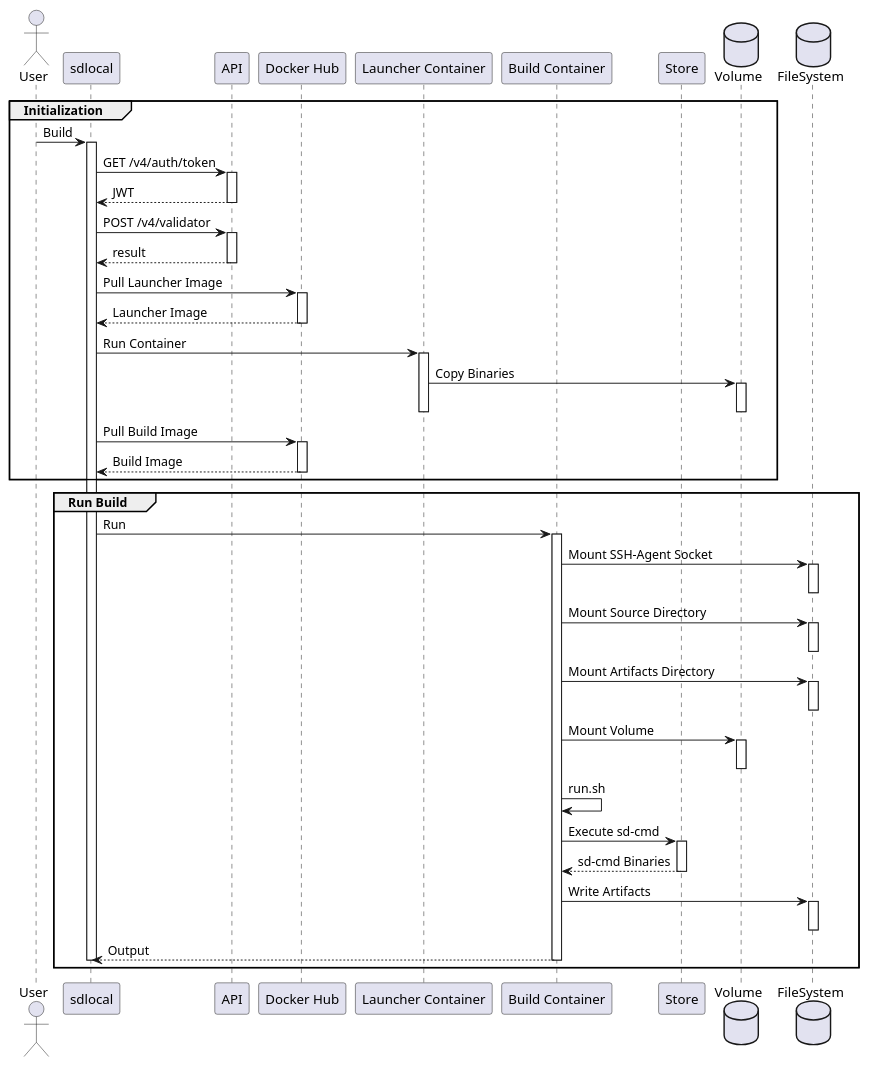
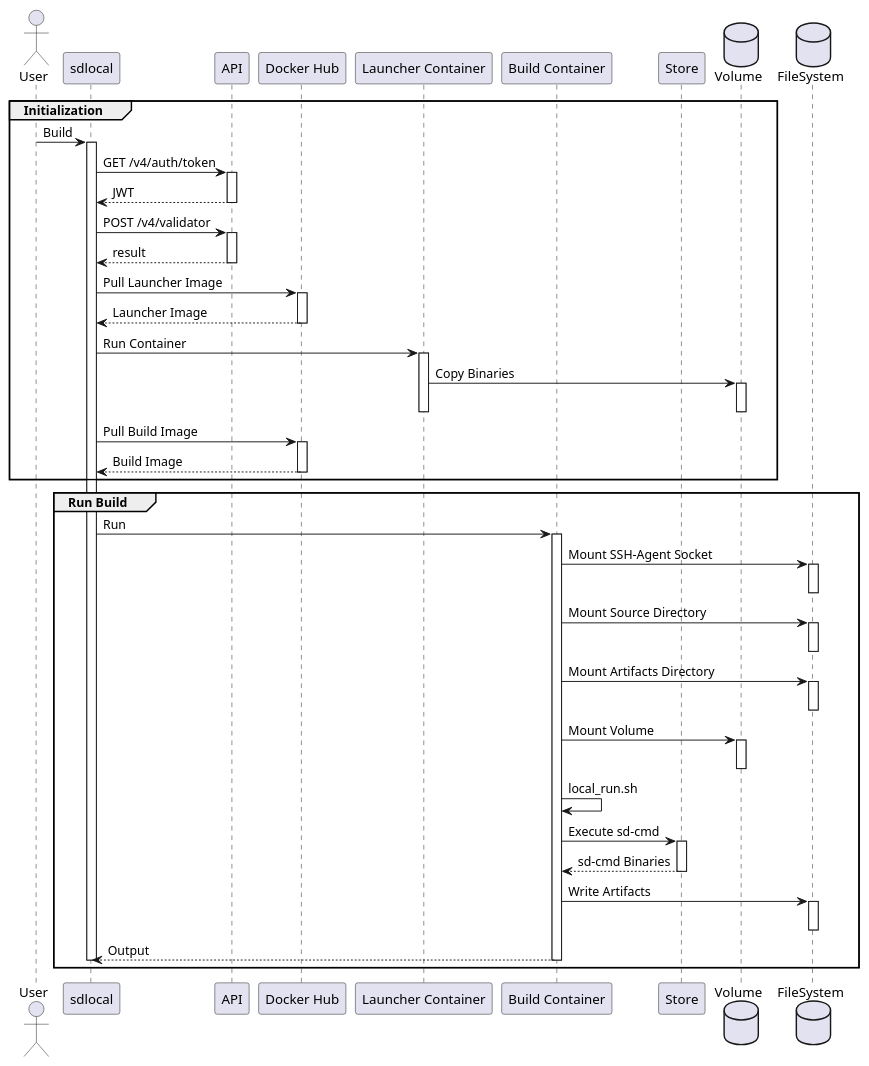
The diagram in design/diagrams/sd-local-flow.puml (screwdriver-cd/screwdriver), drawn with PlantUML before and after one commit. The commit also changed 2 other files, not shown here.

Commit message:
revise sd-local design

```diff
--- a/design/diagrams/sd-local-flow.puml
+++ b/design/diagrams/sd-local-flow.puml
@@ -1,62 +1,62 @@
 @startuml
 actor User
 database Volume order 1
 database FileSystem order 2
 
 Group Initialization
 
 	User -> sdlocal : Build
 	activate sdlocal
         sdlocal -> API : GET /v4/auth/token
         activate API
             sdlocal <-- API : JWT
         deactivate API
 		sdlocal -> API : POST /v4/validator
 		activate API
 			sdlocal <-- API: result
 		deactivate API
 		sdlocal -> "Docker Hub" : Pull Launcher Image
 		activate "Docker Hub"
 			sdlocal <-- "Docker Hub" : Launcher Image
 		deactivate "Docker Hub"
 		sdlocal -> "Launcher Container" : Run Container
 		activate "Launcher Container"
 			"Launcher Container" -> Volume : Copy Binaries
 			activate Volume
 			deactivate Volume
 		deactivate "Launcher Container"
 		sdlocal -> "Docker Hub" : Pull Build Image
 		activate "Docker Hub"
 			sdlocal <-- "Docker Hub" : Build Image
 		deactivate "Docker Hub"
 	end
 
 	Group Run Build
 		sdlocal -> "Build Container" : Run
 		activate "Build Container"
                         "Build Container" -> FileSystem : Mount SSH-Agent Socket
 			activate FileSystem
 			deactivate FileSystem
 			"Build Container" -> FileSystem : Mount Source Directory
 			activate FileSystem
 			deactivate FileSystem
 			"Build Container" -> FileSystem : Mount Artifacts Directory
 			activate FileSystem
 			deactivate FileSystem
 			"Build Container" -> Volume : Mount Volume
 			activate Volume
 			deactivate Volume
-			"Build Container" -> "Build Container" : run.sh
+			"Build Container" -> "Build Container" : local_run.sh
 			"Build Container" -> Store : Execute sd-cmd
 			activate Store
 				"Build Container" <-- Store : sd-cmd Binaries
 			deactivate Store
                         "Build Container" -> FileSystem : Write Artifacts
                         activate FileSystem
                         deactivate FileSystem
 			sdlocal <-- "Build Container" : Output
 		deactivate "Build Container"
 	deactivate sdlocal
 end
 
 @enduml
```
